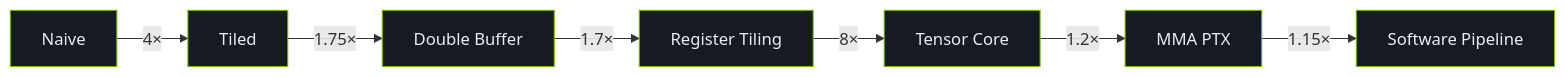
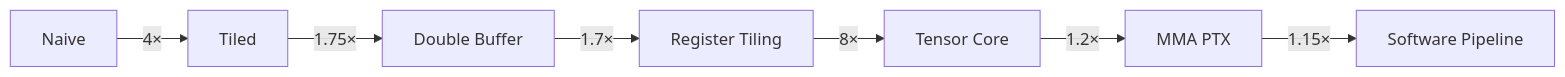
The diagram in docs/en/modules/02/optimization-guide.md (LessUp/cuda-kernel-academy), drawn with Mermaid before and after one commit. The commit also changed 45 other files, not shown here.

````diff
--- a/docs/en/modules/02/optimization-guide.md
+++ b/docs/en/modules/02/optimization-guide.md
@@ -11,17 +11,10 @@
 ```mermaid
 flowchart LR
     Naive["Naive"] -->|"4×"| Tiled["Tiled"]
     Tiled -->|"1.75×"| DoubleBuffer["Double Buffer"]
     DoubleBuffer -->|"1.7×"| Register["Register Tiling"]
     Register -->|"8×"| TensorCore["Tensor Core"]
     TensorCore -->|"1.2×"| PTX["MMA PTX"]
     PTX -->|"1.15×"| Pipeline["Software Pipeline"]
 
-    style Naive fill:#161b22,stroke:#76B900,color:#e6edf3
-    style Tiled fill:#161b22,stroke:#76B900,color:#e6edf3
-    style DoubleBuffer fill:#161b22,stroke:#76B900,color:#e6edf3
-    style Register fill:#161b22,stroke:#76B900,color:#e6edf3
-    style TensorCore fill:#161b22,stroke:#76B900,color:#e6edf3
-    style PTX fill:#161b22,stroke:#76B900,color:#e6edf3
-    style Pipeline fill:#161b22,stroke:#76B900,color:#e6edf3
 ```
````
